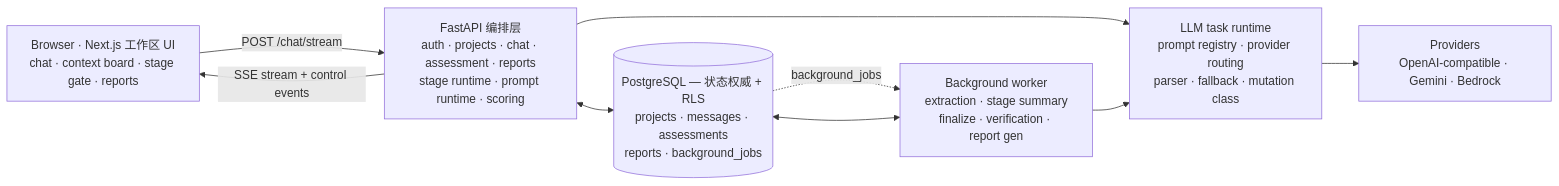
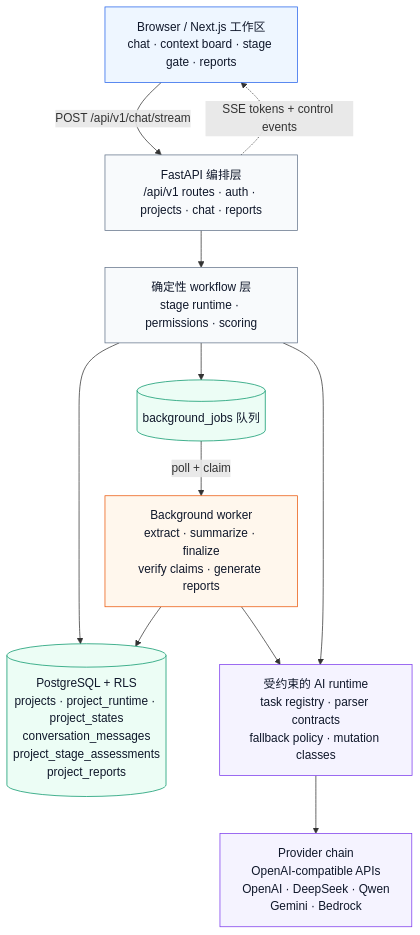
One commit to lupanpan1030/ideasense-ai-public changed the diagram in README.zh-CN.md. Above: the diagram before and after it, drawn with Mermaid. The commit also changed other lines of this file and 1 other file, not shown here.

Commit message:
docs: refine architecture overview diagram

````diff
--- a/README.zh-CN.md
+++ b/README.zh-CN.md
@@ -71,18 +71,33 @@
 ```mermaid
-flowchart LR
-    U["Browser · Next.js 工作区 UI<br/>chat · context board · stage gate · reports"]
-    API["FastAPI 编排层<br/>auth · projects · chat · assessment · reports<br/>stage runtime · prompt runtime · scoring"]
-    DB[("PostgreSQL — 状态权威 + RLS<br/>projects · messages · assessments<br/>reports · background_jobs")]
-    W["Background worker<br/>extraction · stage summary<br/>finalize · verification · report gen"]
-    LLM["LLM task runtime<br/>prompt registry · provider routing<br/>parser · fallback · mutation class"]
-    P["Providers<br/>OpenAI-compatible · Gemini · Bedrock"]
+flowchart TD
+    UI["Browser / Next.js 工作区<br/>chat · context board · stage gate · reports"]
+    API["FastAPI 编排层<br/>/api/v1 routes · auth · projects · chat · reports"]
+    Workflow["确定性 workflow 层<br/>stage runtime · permissions · scoring"]
+    DB[("PostgreSQL + RLS<br/>projects · project_runtime · project_states<br/>conversation_messages<br/>project_stage_assessments<br/>project_reports")]
+    Queue[("background_jobs 队列")]
+    Worker["Background worker<br/>extract · summarize · finalize<br/>verify claims · generate reports"]
+    Prompt["受约束的 AI runtime<br/>task registry · parser contracts<br/>fallback policy · mutation classes"]
+    Providers["Provider chain<br/>OpenAI-compatible APIs<br/>OpenAI · DeepSeek · Qwen<br/>Gemini · Bedrock"]
 
-    U -->|"POST /chat/stream"| API
-    API -->|"SSE stream + control events"| U
-    API <--> DB
-    DB -.->|"background_jobs"| W
-    W <--> DB
-    API --> LLM
-    W --> LLM
-    LLM --> P
+    UI -->|"POST /api/v1/chat/stream"| API
+    API -.->|"SSE tokens + control events"| UI
+    API --> Workflow
+    Workflow --> DB
+    Workflow --> Queue
+    Queue -->|"poll + claim"| Worker
+    Worker --> DB
+    Workflow --> Prompt
+    Worker --> Prompt
+    Prompt --> Providers
+
+    classDef ui fill:#eef6ff,stroke:#2563eb,color:#0f172a;
+    classDef api fill:#f8fafc,stroke:#64748b,color:#0f172a;
+    classDef state fill:#ecfdf5,stroke:#059669,color:#0f172a;
+    classDef worker fill:#fff7ed,stroke:#ea580c,color:#0f172a;
+    classDef ai fill:#f5f3ff,stroke:#7c3aed,color:#0f172a;
+    class UI ui;
+    class API,Workflow api;
+    class DB,Queue state;
+    class Worker worker;
+    class Prompt,Providers ai;
 ```
````
